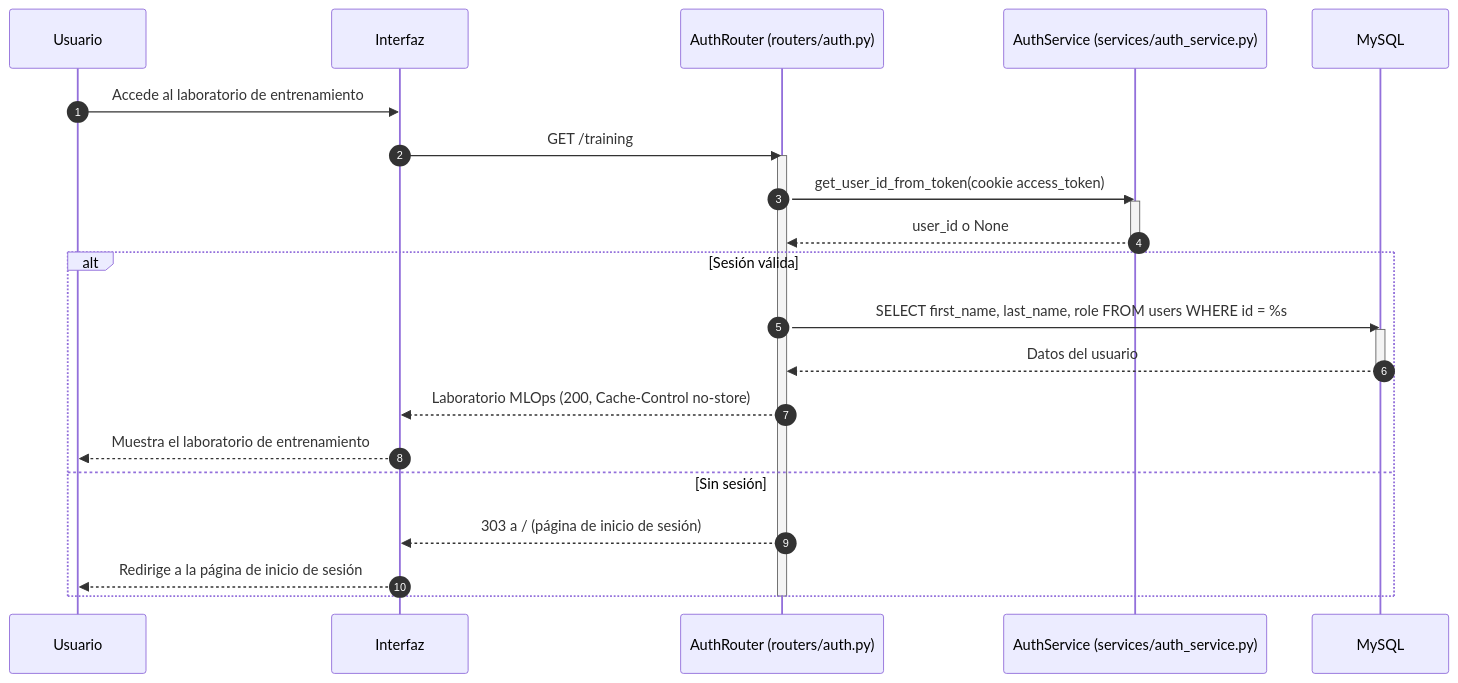
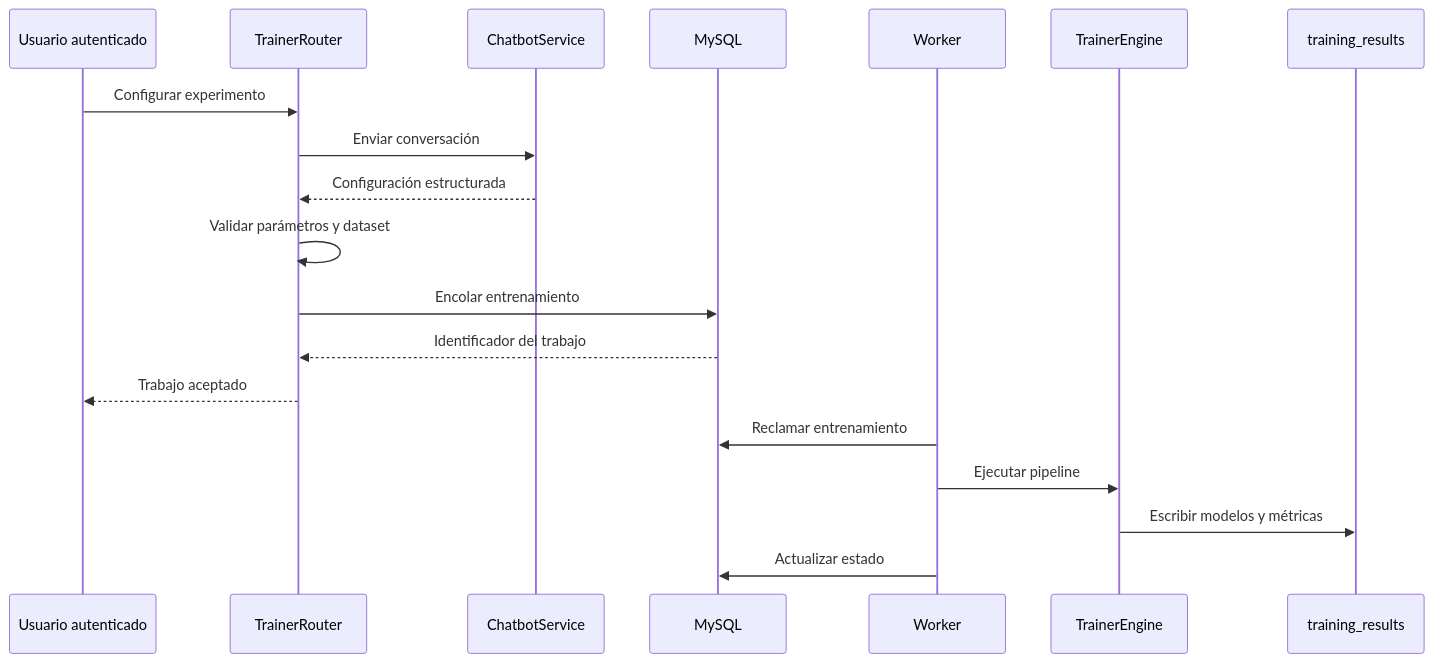
The fourth of 6 diagrams in Documentacion/Capitulo20_Diseno_de_Casos_de_Uso.md (eLeCe2611/vitalXAI), drawn with Mermaid before and after one commit. The commit also changed other lines of this file and 42 other files, not shown here.

````diff
--- a/Documentacion/Capitulo20_Diseno_de_Casos_de_Uso.md
+++ b/Documentacion/Capitulo20_Diseno_de_Casos_de_Uso.md
@@ -1064,29 +114,21 @@
 ```mermaid
 sequenceDiagram
-    autonumber
-    participant U as Usuario
-    participant I as Interfaz
-    participant R as AuthRouter (routers/auth.py)
-    participant S as AuthService (services/auth_service.py)
-    participant BD as MySQL
-
-    U->>I: Accede al laboratorio de entrenamiento
-    I->>R: GET /training
-    activate R
-    R->>S: get_user_id_from_token(cookie access_token)
-    activate S
-    S-->>R: user_id o None
-    deactivate S
-    alt Sesión válida
-        R->>BD: SELECT first_name, last_name, role FROM users WHERE id = %s
-        activate BD
-        BD-->>R: Datos del usuario
-        deactivate BD
-        R-->>I: Laboratorio MLOps (200, Cache-Control no-store)
-        I-->>U: Muestra el laboratorio de entrenamiento
-    else Sin sesión
-        R-->>I: 303 a / (página de inicio de sesión)
-        I-->>U: Redirige a la página de inicio de sesión
-    end
-    deactivate R
+    participant U as Usuario autenticado
+    participant R as TrainerRouter
+    participant C as ChatbotService
+    participant DB as MySQL
+    participant W as Worker
+    participant T as TrainerEngine
+    participant FS as training_results
+    U->>R: Configurar experimento
+    R->>C: Enviar conversación
+    C-->>R: Configuración estructurada
+    R->>R: Validar parámetros y dataset
+    R->>DB: Encolar entrenamiento
+    DB-->>R: Identificador del trabajo
+    R-->>U: Trabajo aceptado
+    W->>DB: Reclamar entrenamiento
+    W->>T: Ejecutar pipeline
+    T->>FS: Escribir modelos y métricas
+    W->>DB: Actualizar estado
 ```
````
